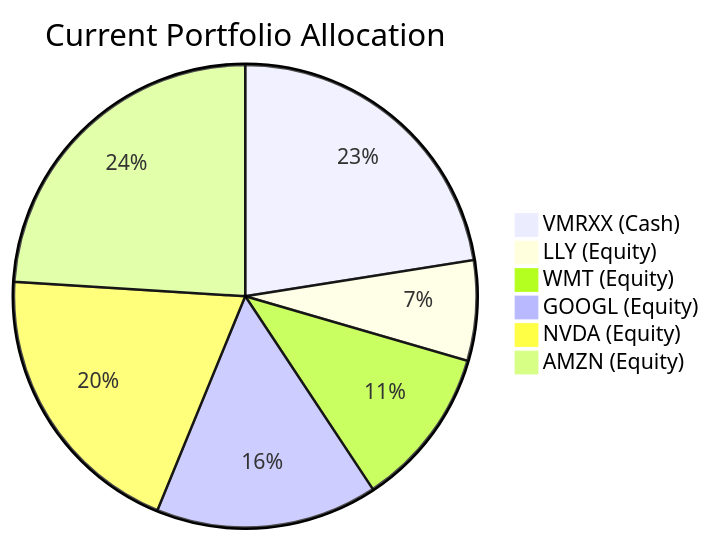
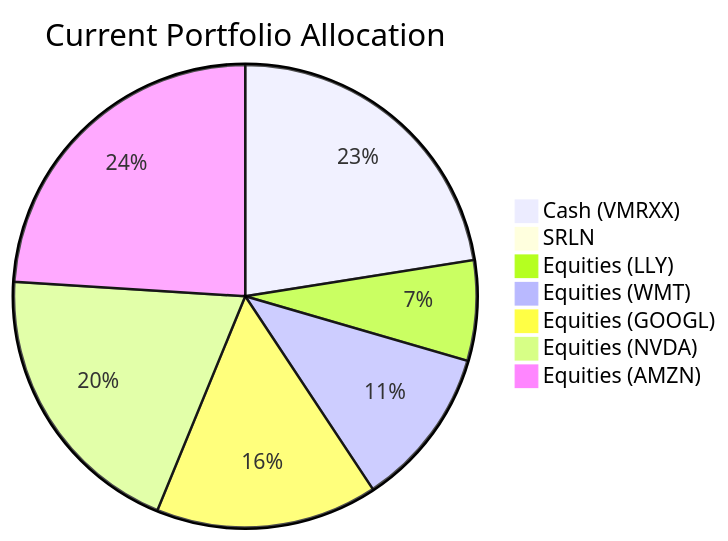
The first of 2 diagrams in docs/sample outputs/client_product_fit_analysis_2.md (roger249/Bot-collaboration), drawn with Mermaid before and after one commit. The commit also changed other lines of this file and 16 other files, not shown here.

````diff
--- a/docs/sample outputs/client_product_fit_analysis_2.md
+++ b/docs/sample outputs/client_product_fit_analysis_2.md
@@ -52,9 +48,10 @@
 ```mermaid
 pie title Current Portfolio Allocation
-    "VMRXX (Cash)" : 22.5
-    "LLY (Equity)" : 7.0
-    "WMT (Equity)" : 11.2
-    "GOOGL (Equity)" : 15.5
-    "NVDA (Equity)" : 19.8
-    "AMZN (Equity)" : 24.0
+    "Cash (VMRXX)" : 22.5
+    "SRLN" : 0
+    "Equities (LLY)" : 7.0
+    "Equities (WMT)" : 11.2
+    "Equities (GOOGL)" : 15.5
+    "Equities (NVDA)" : 19.8
+    "Equities (AMZN)" : 24.0
 ```
````
